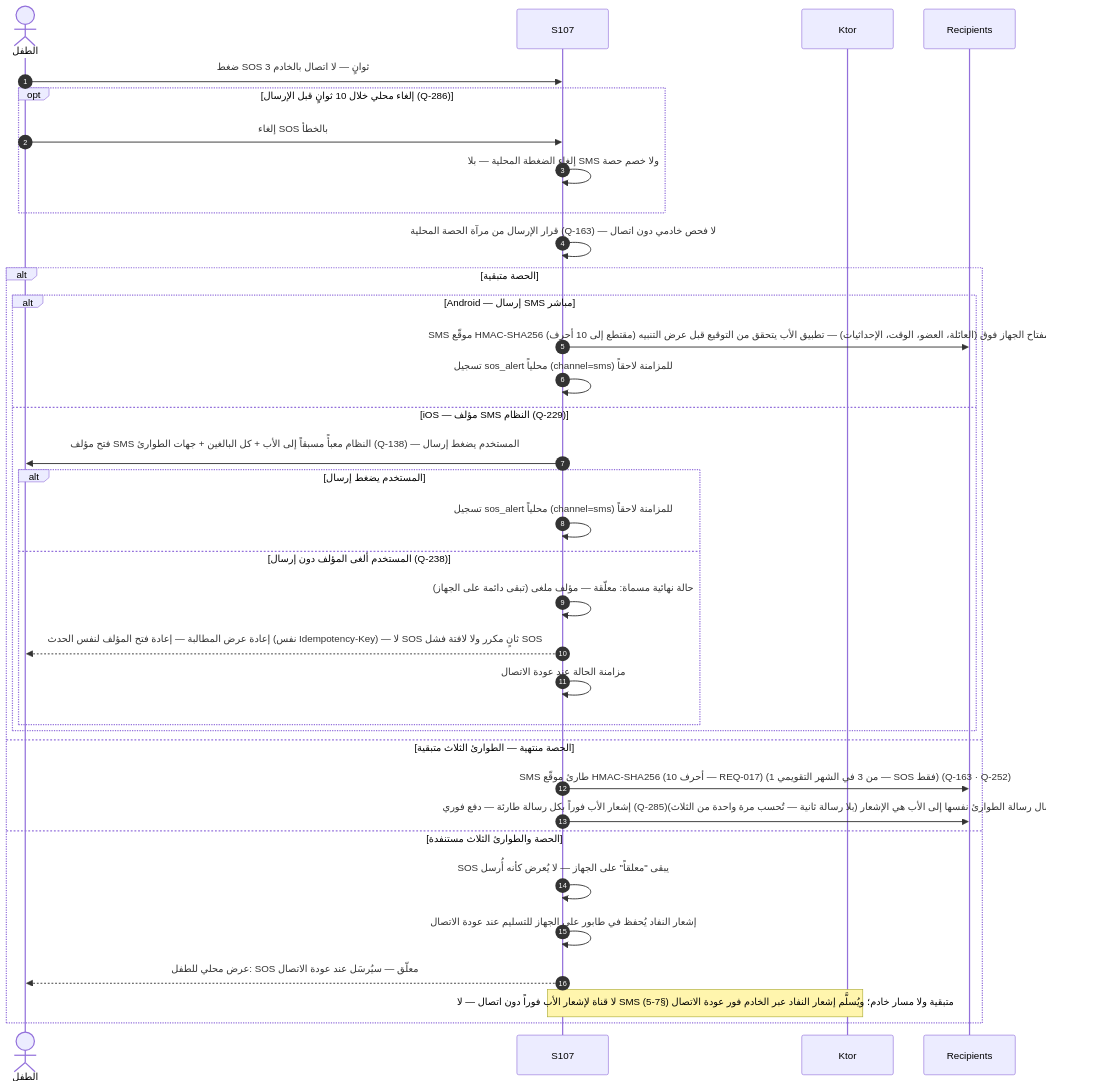
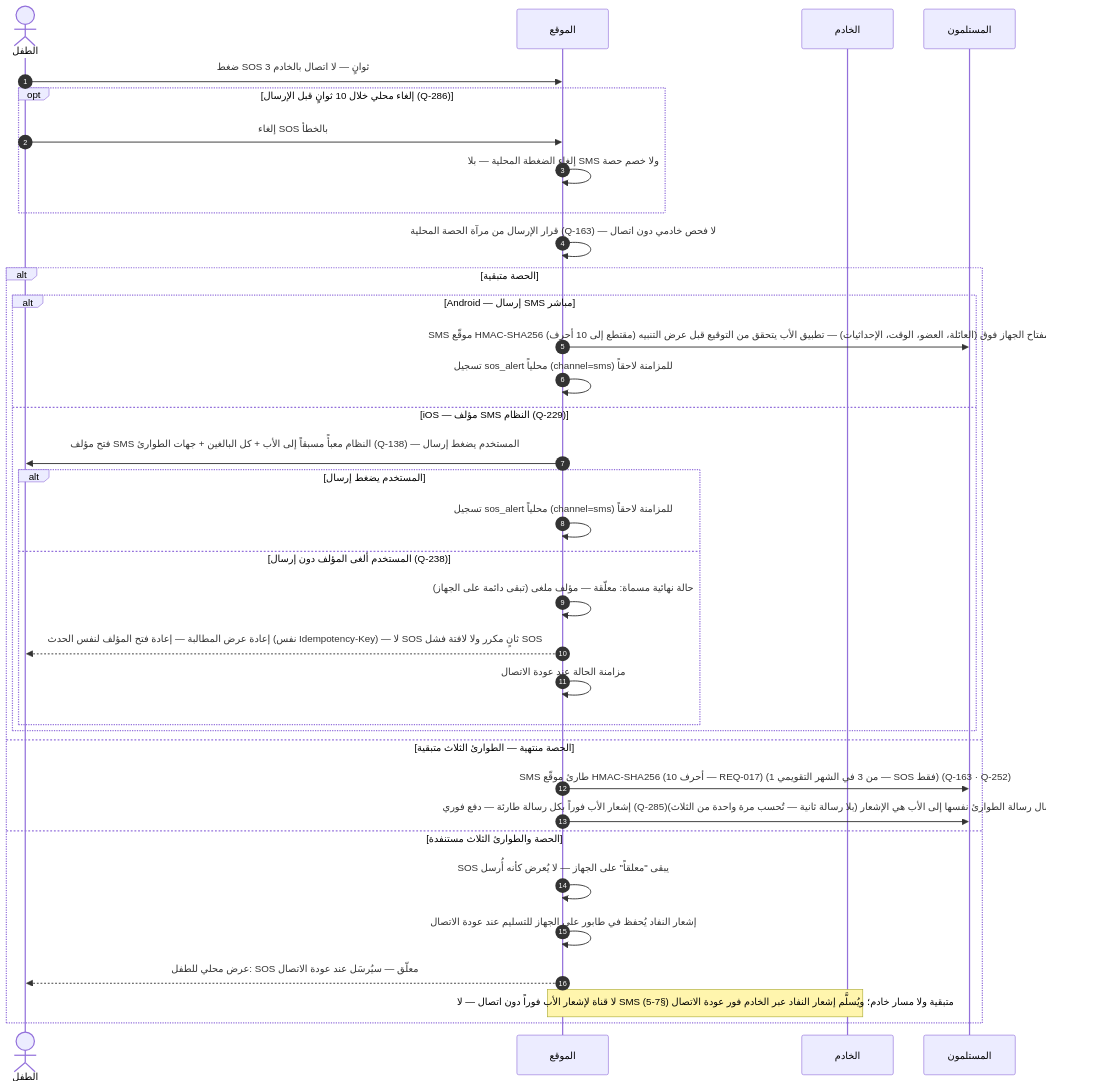
Before and after one commit to Bassam-mohammed-alqaeadi/family-os-v2: the sixth of 13 diagrams in docs/family-os/governance/phases/phase-1/S1-07-location-basic/DIAGRAMS.md, drawn with Mermaid. The commit also changed other lines of this file and 2 other files, not shown here.

First line of the commit message:
R2-CI-05 (P3): فحص Mermaid يتحقق من اتجاه إعلان المشاركين (R5-1) + قلب 26 إعلاناً معكوساً

````diff
--- a/docs/family-os/governance/phases/phase-1/S1-07-location-basic/DIAGRAMS.md
+++ b/docs/family-os/governance/phases/phase-1/S1-07-location-basic/DIAGRAMS.md
@@ -251,37 +251,37 @@
 ```mermaid
 sequenceDiagram
     autonumber
     actor Child as الطفل
-    participant الموقع as S107
-    participant الخادم as Ktor
-    participant المستلمون as Recipients
-    Child->>الموقع: ضغط SOS 3 ثوانٍ — لا اتصال بالخادم
+    participant S107 as الموقع
+    participant Ktor as الخادم
+    participant Recipients as المستلمون
+    Child->>S107: ضغط SOS 3 ثوانٍ — لا اتصال بالخادم
     opt إلغاء محلي خلال 10 ثوانٍ قبل الإرسال (Q-286)
-        Child->>الموقع: إلغاء SOS بالخطأ
-        الموقع->>الموقع: إلغاء الضغطة المحلية — بلا SMS ولا خصم حصة
+        Child->>S107: إلغاء SOS بالخطأ
+        S107->>S107: إلغاء الضغطة المحلية — بلا SMS ولا خصم حصة
     end
-    الموقع->>الموقع: قرار الإرسال من مرآة الحصة المحلية (Q-163) — لا فحص خادمي دون اتصال
+    S107->>S107: قرار الإرسال من مرآة الحصة المحلية (Q-163) — لا فحص خادمي دون اتصال
     alt الحصة متبقية
         alt Android — إرسال SMS مباشر
-            الموقع->>المستلمون: SMS موقّع HMAC-SHA256 (مقتطع إلى 10 أحرف) بمفتاح الجهاز فوق (العائلة، العضو، الوقت، الإحداثيات) — تطبيق الأب يتحقق من التوقيع قبل عرض التنبيه (REQ-017)
-            الموقع->>الموقع: تسجيل sos_alert محلياً (channel=sms) للمزامنة لاحقاً
+            S107->>Recipients: SMS موقّع HMAC-SHA256 (مقتطع إلى 10 أحرف) بمفتاح الجهاز فوق (العائلة، العضو، الوقت، الإحداثيات) — تطبيق الأب يتحقق من التوقيع قبل عرض التنبيه (REQ-017)
+            S107->>S107: تسجيل sos_alert محلياً (channel=sms) للمزامنة لاحقاً
         else iOS — مؤلف SMS النظام (Q-229)
-            الموقع->>Child: فتح مؤلف SMS النظام معبأً مسبقاً إلى الأب + كل البالغين + جهات الطوارئ (Q-138) — المستخدم يضغط إرسال
+            S107->>Child: فتح مؤلف SMS النظام معبأً مسبقاً إلى الأب + كل البالغين + جهات الطوارئ (Q-138) — المستخدم يضغط إرسال
             alt المستخدم يضغط إرسال
-                الموقع->>الموقع: تسجيل sos_alert محلياً (channel=sms) للمزامنة لاحقاً
+                S107->>S107: تسجيل sos_alert محلياً (channel=sms) للمزامنة لاحقاً
             else المستخدم ألغى المؤلف دون إرسال (Q-238)
-                الموقع->>الموقع: حالة نهائية مسماة: معلّقة — مؤلف ملغى (تبقى دائمة على الجهاز)
-                الموقع-->>Child: إعادة عرض المطالبة — إعادة فتح المؤلف لنفس الحدث (نفس Idempotency-Key) — لا SOS ثانٍ مكرر ولا لافتة فشل SOS
-                الموقع->>الموقع: مزامنة الحالة عند عودة الاتصال
+                S107->>S107: حالة نهائية مسماة: معلّقة — مؤلف ملغى (تبقى دائمة على الجهاز)
+                S107-->>Child: إعادة عرض المطالبة — إعادة فتح المؤلف لنفس الحدث (نفس Idempotency-Key) — لا SOS ثانٍ مكرر ولا لافتة فشل SOS
+                S107->>S107: مزامنة الحالة عند عودة الاتصال
             end
         end
     else الحصة منتهية — الطوارئ الثلاث متبقية
-        الموقع->>المستلمون: SMS طارئ موقّع HMAC-SHA256 (10 أحرف — REQ-017) (1 من 3 في الشهر التقويمي — SOS فقط) (Q-163 · Q-252)
-        الموقع->>المستلمون: إشعار الأب فوراً بكل رسالة طارئة — دفع فوري (Q-285)؛ ودون اتصال رسالة الطوارئ نفسها إلى الأب هي الإشعار (بلا رسالة ثانية — تُحسب مرة واحدة من الثلاث)
+        S107->>Recipients: SMS طارئ موقّع HMAC-SHA256 (10 أحرف — REQ-017) (1 من 3 في الشهر التقويمي — SOS فقط) (Q-163 · Q-252)
+        S107->>Recipients: إشعار الأب فوراً بكل رسالة طارئة — دفع فوري (Q-285)؛ ودون اتصال رسالة الطوارئ نفسها إلى الأب هي الإشعار (بلا رسالة ثانية — تُحسب مرة واحدة من الثلاث)
     else الحصة والطوارئ الثلاث مستنفدة
-        الموقع->>الموقع: SOS يبقى "معلقاً" على الجهاز — لا يُعرض كأنه أُرسل
-        الموقع->>الموقع: إشعار النفاد يُحفظ في طابور على الجهاز للتسليم عند عودة الاتصال
-        الموقع-->>Child: عرض محلي للطفل: SOS معلّق — سيُرسَل عند عودة الاتصال
-        Note over الموقع,الخادم: لا قناة لإشعار الأب فوراً دون اتصال — لا SMS متبقية ولا مسار خادم؛ ويُسلَّم إشعار النفاد عبر الخادم فور عودة الاتصال (§7-5)
+        S107->>S107: SOS يبقى "معلقاً" على الجهاز — لا يُعرض كأنه أُرسل
+        S107->>S107: إشعار النفاد يُحفظ في طابور على الجهاز للتسليم عند عودة الاتصال
+        S107-->>Child: عرض محلي للطفل: SOS معلّق — سيُرسَل عند عودة الاتصال
+        Note over S107,Ktor: لا قناة لإشعار الأب فوراً دون اتصال — لا SMS متبقية ولا مسار خادم؛ ويُسلَّم إشعار النفاد عبر الخادم فور عودة الاتصال (§7-5)
     end
 ```
````
